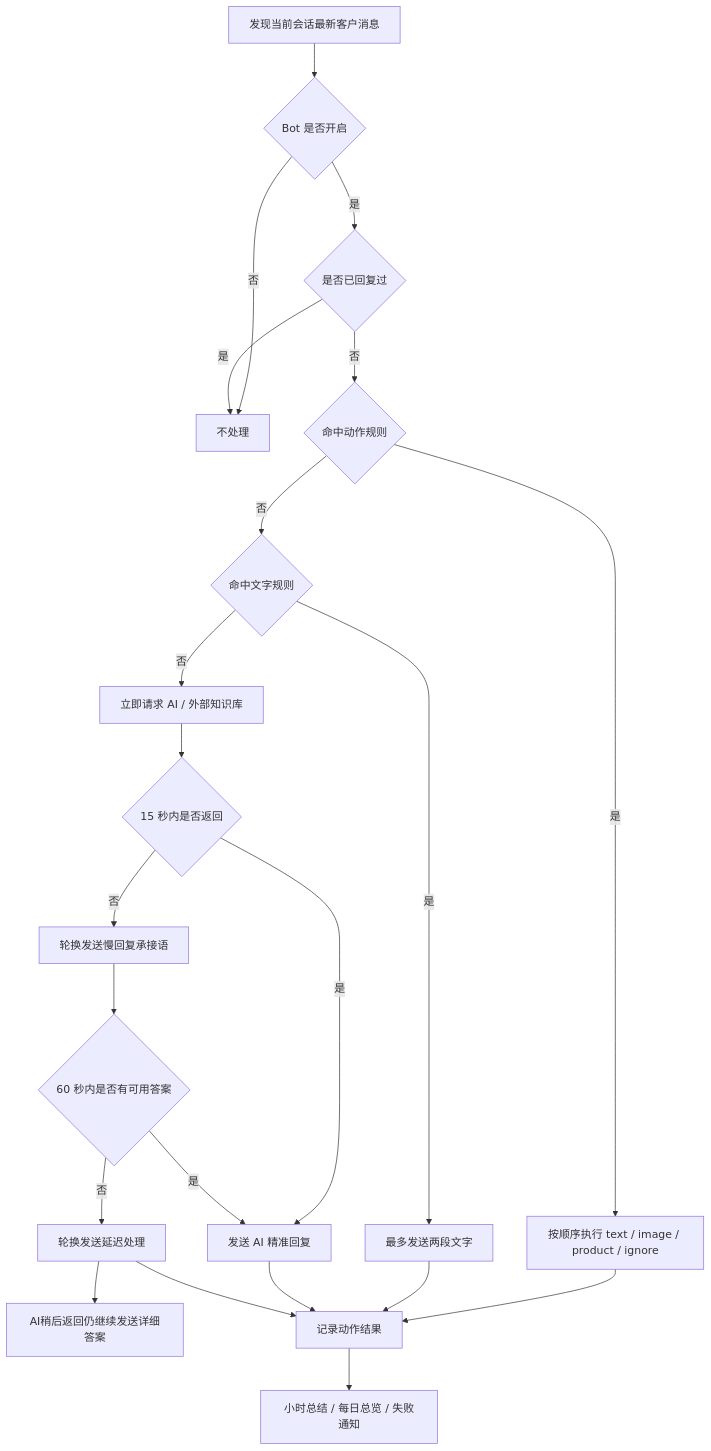
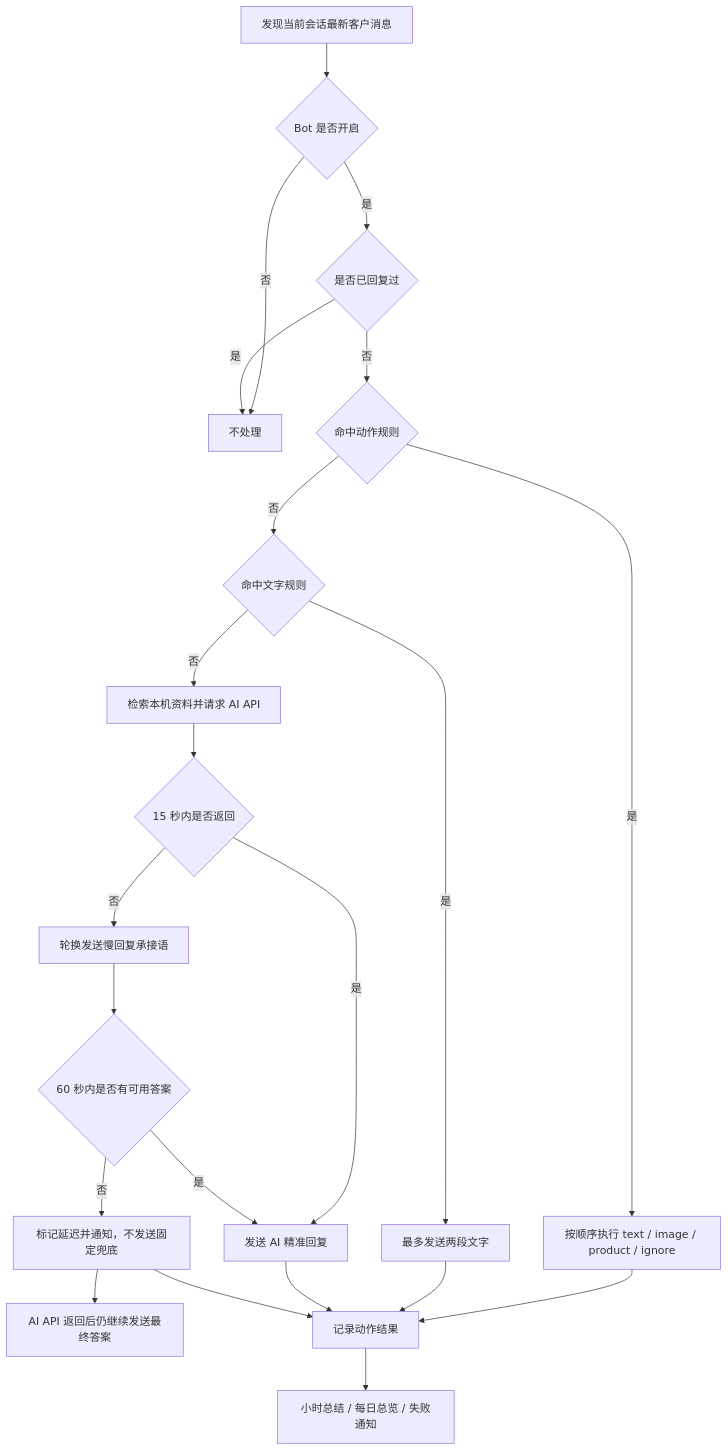
The second of 3 diagrams in docs/rich-user-guide.md (JahanHe/wechat-autoreply), drawn with Mermaid before and after one commit. The commit also changed other lines of this file and 32 other files, not shown here.

````diff
--- a/docs/rich-user-guide.md
+++ b/docs/rich-user-guide.md
@@ -74,24 +74,24 @@
 ```mermaid
 flowchart TD
   A["发现当前会话最新客户消息"] --> B{"Bot 是否开启"}
   B -- "否" --> Z["不处理"]
   B -- "是" --> C{"是否已回复过"}
   C -- "是" --> Z
   C -- "否" --> D{"命中动作规则"}
   D -- "是" --> E["按顺序执行 text / image / product / ignore"]
   D -- "否" --> F{"命中文字规则"}
   F -- "是" --> G["最多发送两段文字"]
-  F -- "否" --> H["立即请求 AI / 外部知识库"]
+  F -- "否" --> H["检索本机资料并请求 AI API"]
   H --> I{"15 秒内是否返回"}
   I -- "否" --> L["轮换发送慢回复承接语"]
   I -- "是" --> M["发送 AI 精准回复"]
   L --> N{"60 秒内是否有可用答案"}
   N -- "是" --> M
-  N -- "否" --> O["轮换发送延迟处理"]
-  O --> P["AI稍后返回仍继续发送详细答案"]
+  N -- "否" --> O["标记延迟并通知，不发送固定兜底"]
+  O --> P["AI API 返回后仍继续发送最终答案"]
   E --> J["记录动作结果"]
   G --> J
   M --> J
   O --> J
   J --> K["小时总结 / 每日总览 / 失败通知"]
 ```
````
